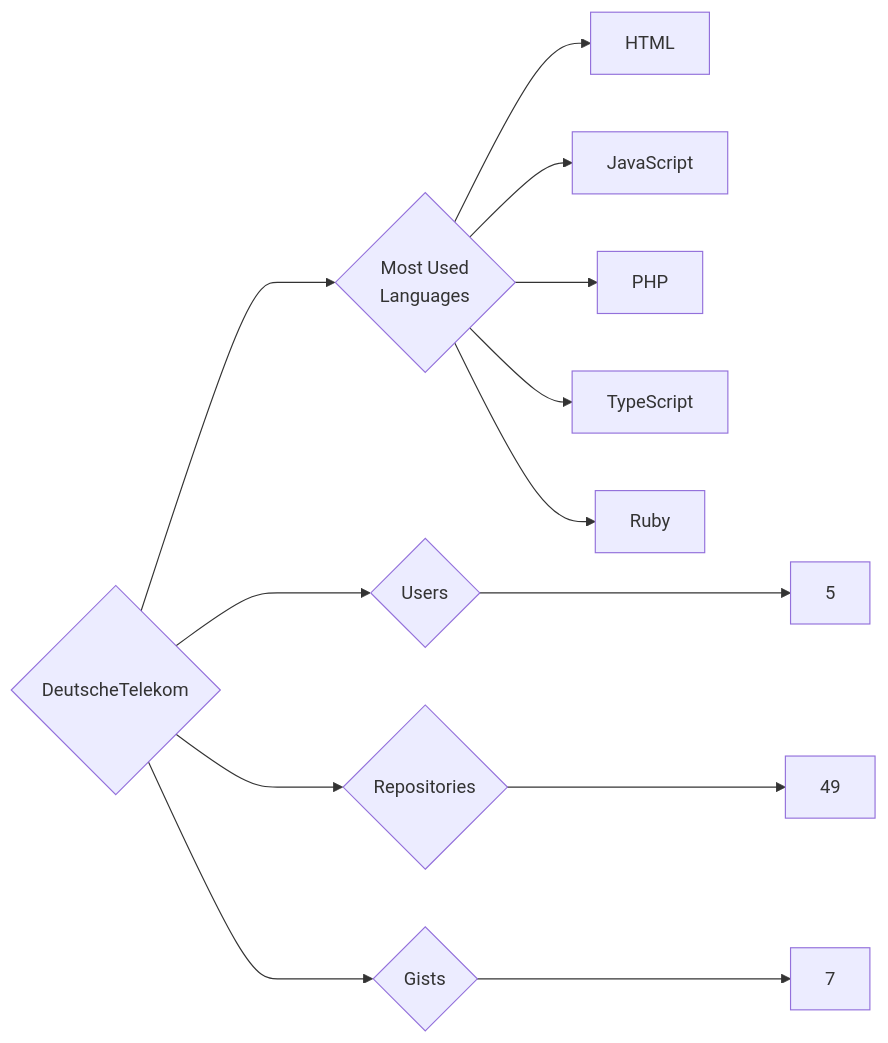
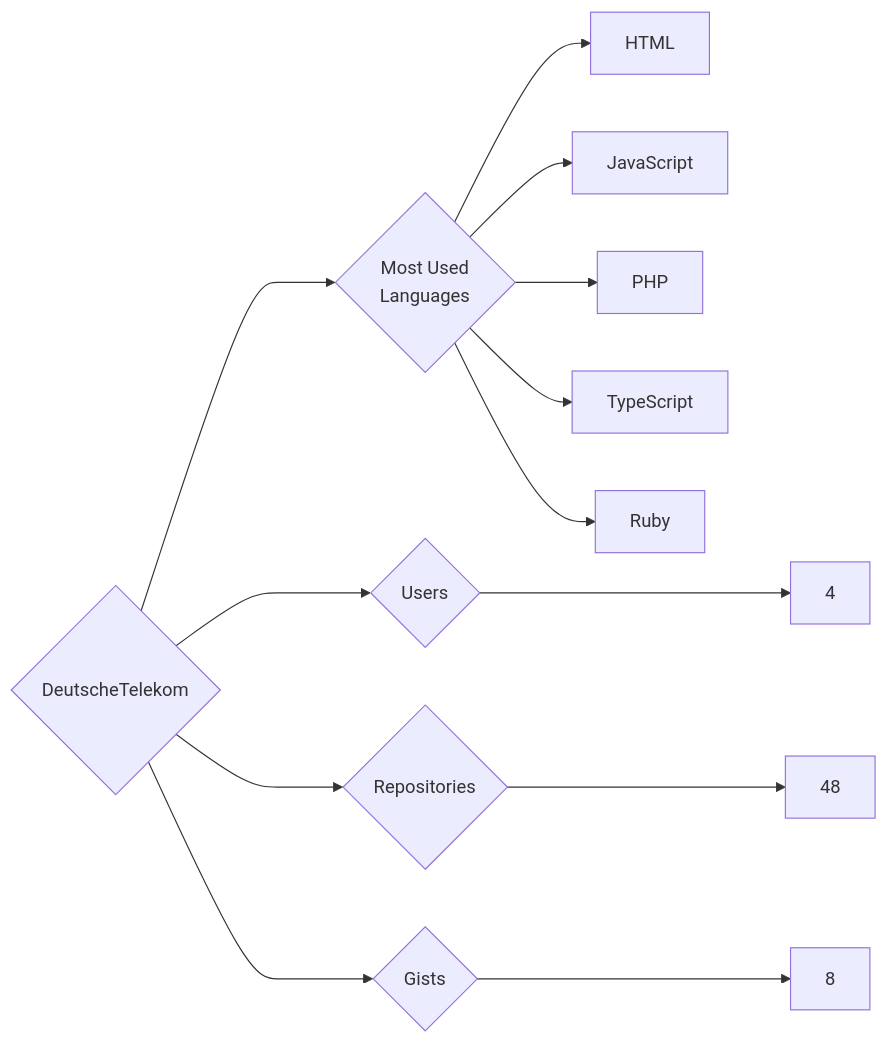
One commit to trickest/insiders changed the diagram in targets/DeutscheTelekom/README.md. Above: the diagram before and after it, drawn with Mermaid. The commit also changed 1238 other files, not shown here.

````diff
--- a/targets/DeutscheTelekom/README.md
+++ b/targets/DeutscheTelekom/README.md
@@ -3,13 +3,13 @@
 ```mermaid
 graph LR
 COMPANY_NAME{DeutscheTelekom}
-COMPANY_NAME ---> U{Users} ---> UN[5]
-COMPANY_NAME ---> R{Repositories} ---> RN[49]
-COMPANY_NAME ---> G{Gists} ---> GN[7]
+COMPANY_NAME ---> U{Users} ---> UN[4]
+COMPANY_NAME ---> R{Repositories} ---> RN[48]
+COMPANY_NAME ---> G{Gists} ---> GN[8]
 COMPANY_NAME ---> ML{Most Used<br>Languages}
 ML --> HTML[HTML]
 ML --> JavaScript[JavaScript]
 ML --> PHP[PHP]
 ML --> TypeScript[TypeScript]
 ML --> Ruby[Ruby]
 ```
````
